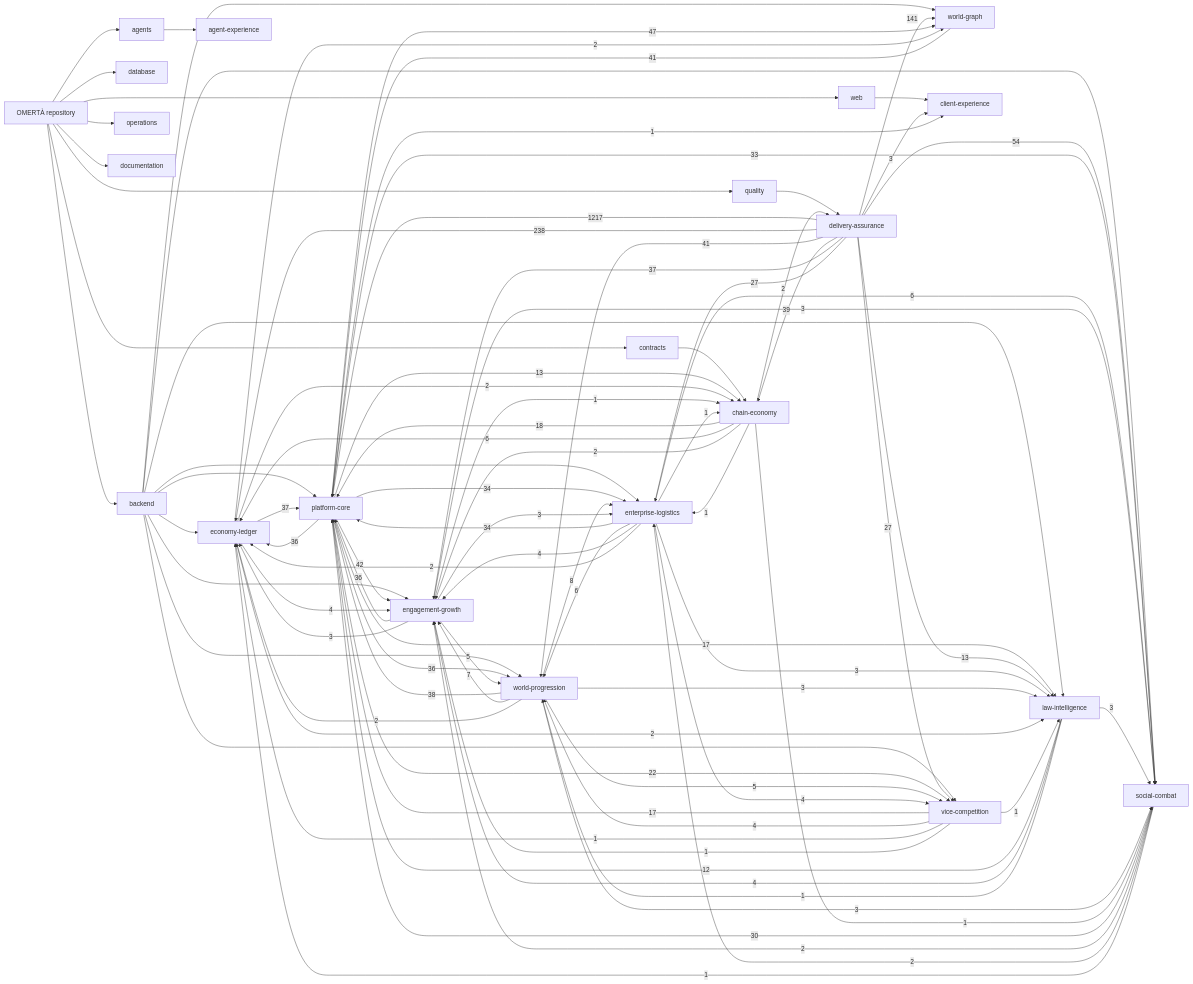
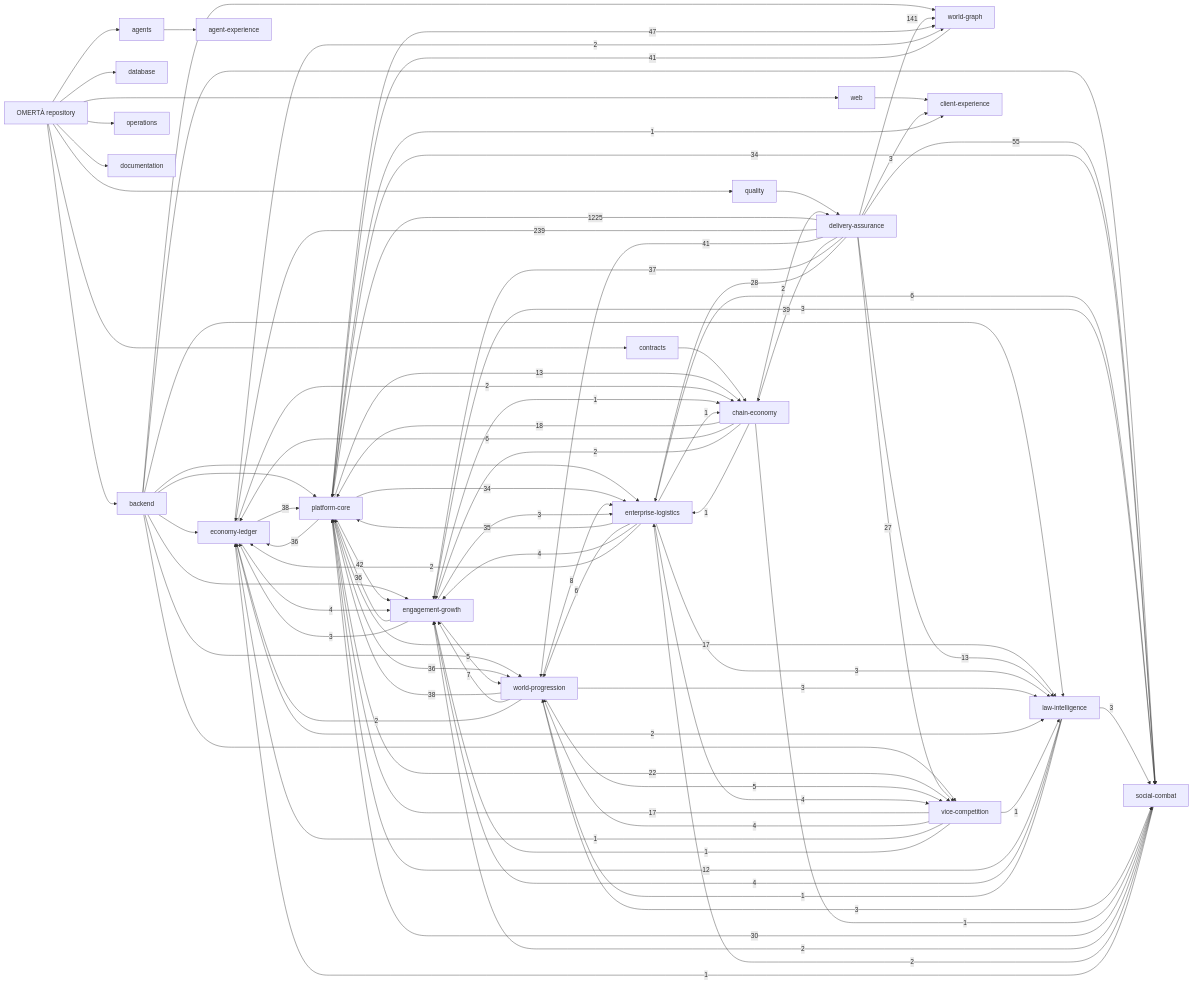
One commit to OmertaDev/Omerta changed the diagram in knowledge/generated/graph.mmd. Above: the diagram before and after it, drawn with Mermaid. The commit also changed 8 other files, not shown here.

Commit message:
Refresh knowledge graph for forecast service integration

```diff
--- a/knowledge/generated/graph.mmd
+++ b/knowledge/generated/graph.mmd
@@ -1,111 +1,111 @@
 flowchart LR
   repo["OMERTÀ repository"]
   sub_backend["backend"]
   repo --> sub_backend
   sub_database["database"]
   repo --> sub_database
   sub_web["web"]
   repo --> sub_web
   sub_contracts["contracts"]
   repo --> sub_contracts
   sub_agents["agents"]
   repo --> sub_agents
   sub_quality["quality"]
   repo --> sub_quality
   sub_operations["operations"]
   repo --> sub_operations
   sub_documentation["documentation"]
   repo --> sub_documentation
   dom_platform-core["platform-core"]
   dom_economy-ledger["economy-ledger"]
   dom_social-combat["social-combat"]
   dom_world-progression["world-progression"]
   dom_world-graph["world-graph"]
   dom_enterprise-logistics["enterprise-logistics"]
   dom_vice-competition["vice-competition"]
   dom_law-intelligence["law-intelligence"]
   dom_chain-economy["chain-economy"]
   dom_engagement-growth["engagement-growth"]
   dom_client-experience["client-experience"]
   dom_agent-experience["agent-experience"]
   dom_delivery-assurance["delivery-assurance"]
   sub_agents --> dom_agent-experience
   sub_backend --> dom_economy-ledger
   sub_backend --> dom_engagement-growth
   sub_backend --> dom_enterprise-logistics
   sub_backend --> dom_law-intelligence
   sub_backend --> dom_platform-core
   sub_backend --> dom_social-combat
   sub_backend --> dom_vice-competition
   sub_backend --> dom_world-graph
   sub_backend --> dom_world-progression
   sub_contracts --> dom_chain-economy
   sub_quality --> dom_delivery-assurance
   sub_web --> dom_client-experience
-  dom_delivery-assurance -->|1217| dom_platform-core
-  dom_delivery-assurance -->|238| dom_economy-ledger
+  dom_delivery-assurance -->|1225| dom_platform-core
+  dom_delivery-assurance -->|239| dom_economy-ledger
   dom_delivery-assurance -->|141| dom_world-graph
-  dom_delivery-assurance -->|54| dom_social-combat
+  dom_delivery-assurance -->|55| dom_social-combat
   dom_platform-core -->|47| dom_world-graph
   dom_platform-core -->|42| dom_engagement-growth
   dom_delivery-assurance -->|41| dom_world-progression
   dom_world-graph -->|41| dom_platform-core
   dom_delivery-assurance -->|39| dom_chain-economy
+  dom_economy-ledger -->|38| dom_platform-core
   dom_world-progression -->|38| dom_platform-core
   dom_delivery-assurance -->|37| dom_engagement-growth
-  dom_economy-ledger -->|37| dom_platform-core
   dom_engagement-growth -->|36| dom_platform-core
   dom_platform-core -->|36| dom_economy-ledger
   dom_platform-core -->|36| dom_world-progression
-  dom_enterprise-logistics -->|34| dom_platform-core
+  dom_enterprise-logistics -->|35| dom_platform-core
   dom_platform-core -->|34| dom_enterprise-logistics
-  dom_platform-core -->|33| dom_social-combat
+  dom_platform-core -->|34| dom_social-combat
   dom_social-combat -->|30| dom_platform-core
-  dom_delivery-assurance -->|27| dom_enterprise-logistics
+  dom_delivery-assurance -->|28| dom_enterprise-logistics
   dom_delivery-assurance -->|27| dom_vice-competition
   dom_platform-core -->|22| dom_vice-competition
   dom_chain-economy -->|18| dom_platform-core
   dom_platform-core -->|17| dom_law-intelligence
   dom_vice-competition -->|17| dom_platform-core
   dom_delivery-assurance -->|13| dom_law-intelligence
   dom_platform-core -->|13| dom_chain-economy
   dom_law-intelligence -->|12| dom_platform-core
   dom_world-progression -->|8| dom_enterprise-logistics
   dom_world-progression -->|7| dom_engagement-growth
   dom_chain-economy -->|6| dom_economy-ledger
   dom_enterprise-logistics -->|6| dom_social-combat
   dom_enterprise-logistics -->|6| dom_world-progression
   dom_engagement-growth -->|5| dom_world-progression
   dom_world-progression -->|5| dom_vice-competition
   dom_economy-ledger -->|4| dom_engagement-growth
   dom_enterprise-logistics -->|4| dom_engagement-growth
   dom_enterprise-logistics -->|4| dom_vice-competition
   dom_law-intelligence -->|4| dom_engagement-growth
   dom_vice-competition -->|4| dom_world-progression
   dom_delivery-assurance -->|3| dom_client-experience
   dom_engagement-growth -->|3| dom_economy-ledger
   dom_engagement-growth -->|3| dom_enterprise-logistics
   dom_engagement-growth -->|3| dom_social-combat
   dom_enterprise-logistics -->|3| dom_law-intelligence
   dom_law-intelligence -->|3| dom_social-combat
   dom_world-progression -->|3| dom_law-intelligence
   dom_world-progression -->|3| dom_social-combat
   dom_chain-economy -->|2| dom_delivery-assurance
   dom_chain-economy -->|2| dom_engagement-growth
   dom_economy-ledger -->|2| dom_chain-economy
   dom_economy-ledger -->|2| dom_law-intelligence
   dom_economy-ledger -->|2| dom_world-graph
   dom_enterprise-logistics -->|2| dom_economy-ledger
   dom_social-combat -->|2| dom_engagement-growth
   dom_social-combat -->|2| dom_enterprise-logistics
   dom_world-progression -->|2| dom_economy-ledger
   dom_chain-economy -->|1| dom_enterprise-logistics
   dom_chain-economy -->|1| dom_social-combat
   dom_engagement-growth -->|1| dom_chain-economy
   dom_enterprise-logistics -->|1| dom_chain-economy
   dom_law-intelligence -->|1| dom_world-progression
   dom_platform-core -->|1| dom_client-experience
   dom_social-combat -->|1| dom_economy-ledger
   dom_vice-competition -->|1| dom_economy-ledger
   dom_vice-competition -->|1| dom_engagement-growth
   dom_vice-competition -->|1| dom_law-intelligence
```
